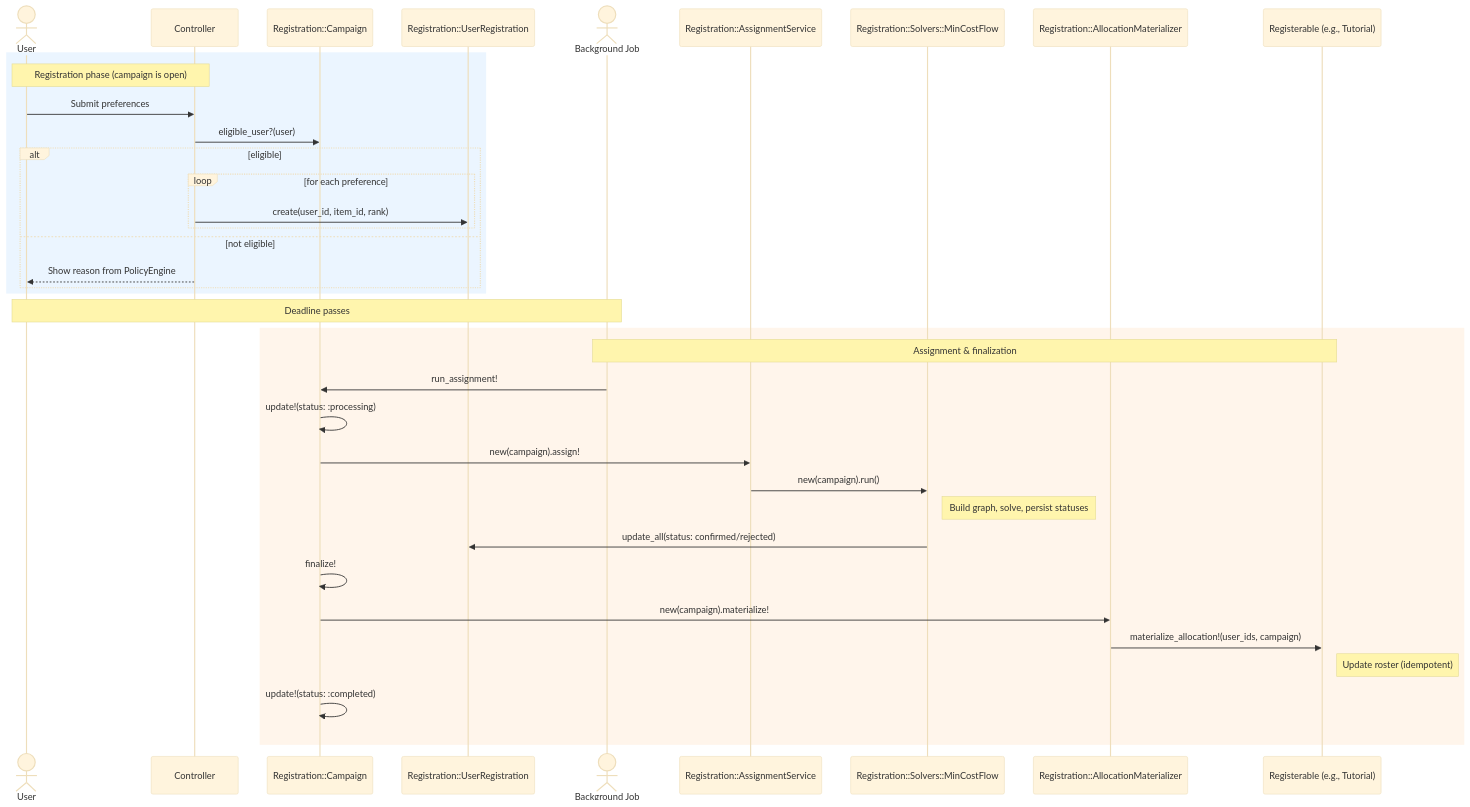
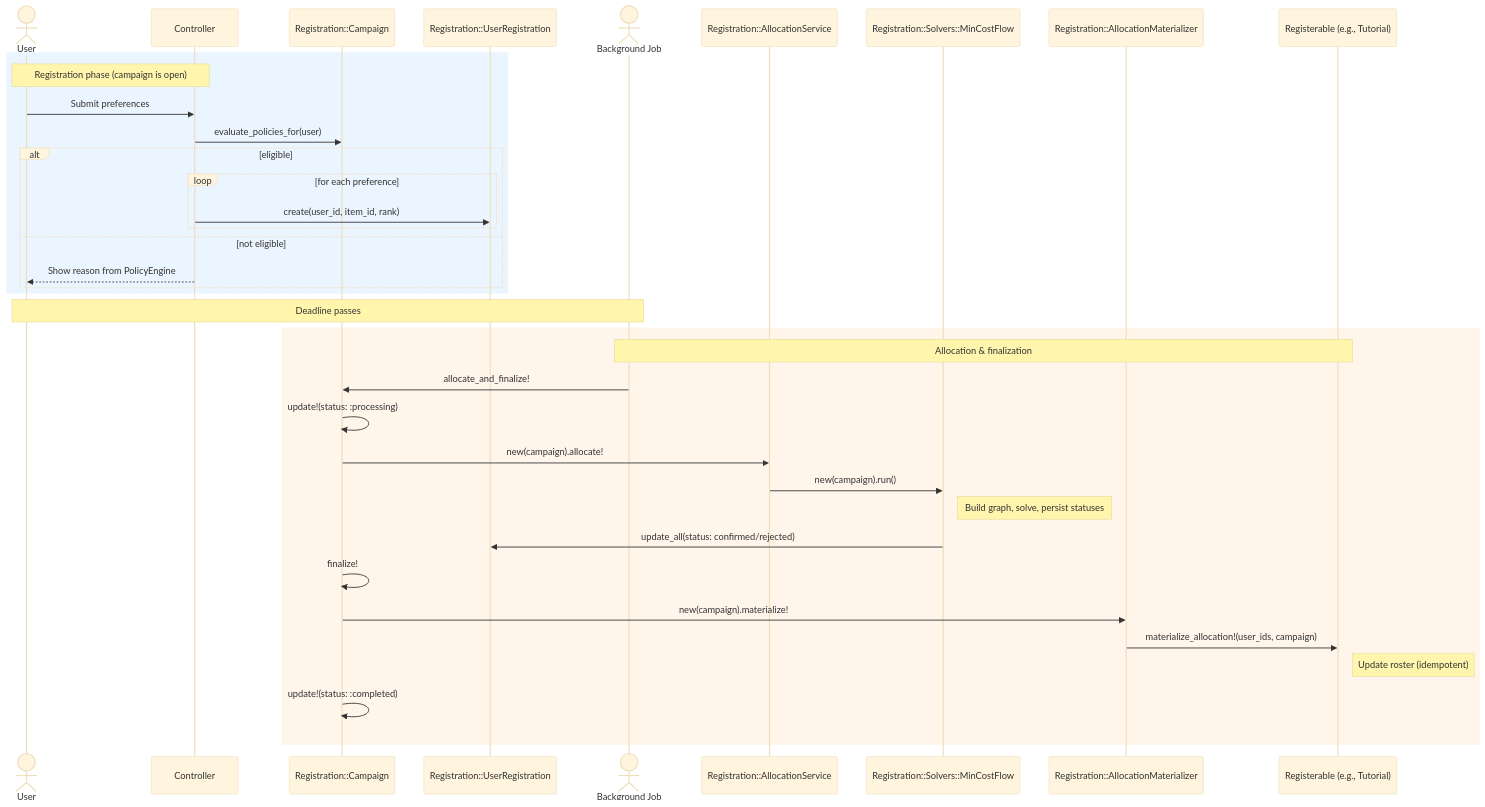
One commit to MaMpf-HD/mampf changed the third of 3 diagrams in architecture/src/features/02-registration.md. Above: the diagram before and after it, drawn with Mermaid (base theme). The commit also changed other lines of this file and 10 other files, not shown here.

Commit message:
Replace "assignment" in the registration context by "allocation" for consistency across the system.

````diff
--- a/architecture/src/features/02-registration.md
+++ b/architecture/src/features/02-registration.md
@@ -797,42 +832,42 @@
 ```mermaid
 sequenceDiagram
     actor User
     participant Controller
     participant Campaign as Registration::Campaign
     participant UserReg as Registration::UserRegistration
     actor Job as Background Job
-    participant AssignmentSvc as Registration::AssignmentService
+  participant AllocationSvc as Registration::AllocationService
     participant Solver as Registration::Solvers::MinCostFlow
     participant Materializer as Registration::AllocationMaterializer
     participant RegTarget as Registerable (e.g., Tutorial)
 
     rect rgb(235, 245, 255)
     note over User,Controller: Registration phase (campaign is open)
     User->>Controller: Submit preferences
-    Controller->>Campaign: eligible_user?(user)
+  Controller->>Campaign: evaluate_policies_for(user)
     alt eligible
       loop for each preference
         Controller->>UserReg: create(user_id, item_id, rank)
       end
     else not eligible
       Controller-->>User: Show reason from PolicyEngine
     end
     end
 
     note over User,Job: Deadline passes
 
-    rect rgb(255, 245, 235)
-    note over Job,RegTarget: Assignment & finalization
-    Job->>Campaign: run_assignment!
+  rect rgb(255, 245, 235)
+  note over Job,RegTarget: Allocation & finalization
+  Job->>Campaign: allocate_and_finalize!
     Campaign->>Campaign: update!(status: :processing)
-    Campaign->>AssignmentSvc: new(campaign).assign!
-    AssignmentSvc->>Solver: new(campaign).run()
+  Campaign->>AllocationSvc: new(campaign).allocate!
+  AllocationSvc->>Solver: new(campaign).run()
     note right of Solver: Build graph, solve, persist statuses
     Solver->>UserReg: update_all(status: confirmed/rejected)
     Campaign->>Campaign: finalize!
     Campaign->>Materializer: new(campaign).materialize!
     Materializer->>RegTarget: materialize_allocation!(user_ids, campaign)
     note right of RegTarget: Update roster (idempotent)
     Campaign->>Campaign: update!(status: :completed)
     end
 ```
````
